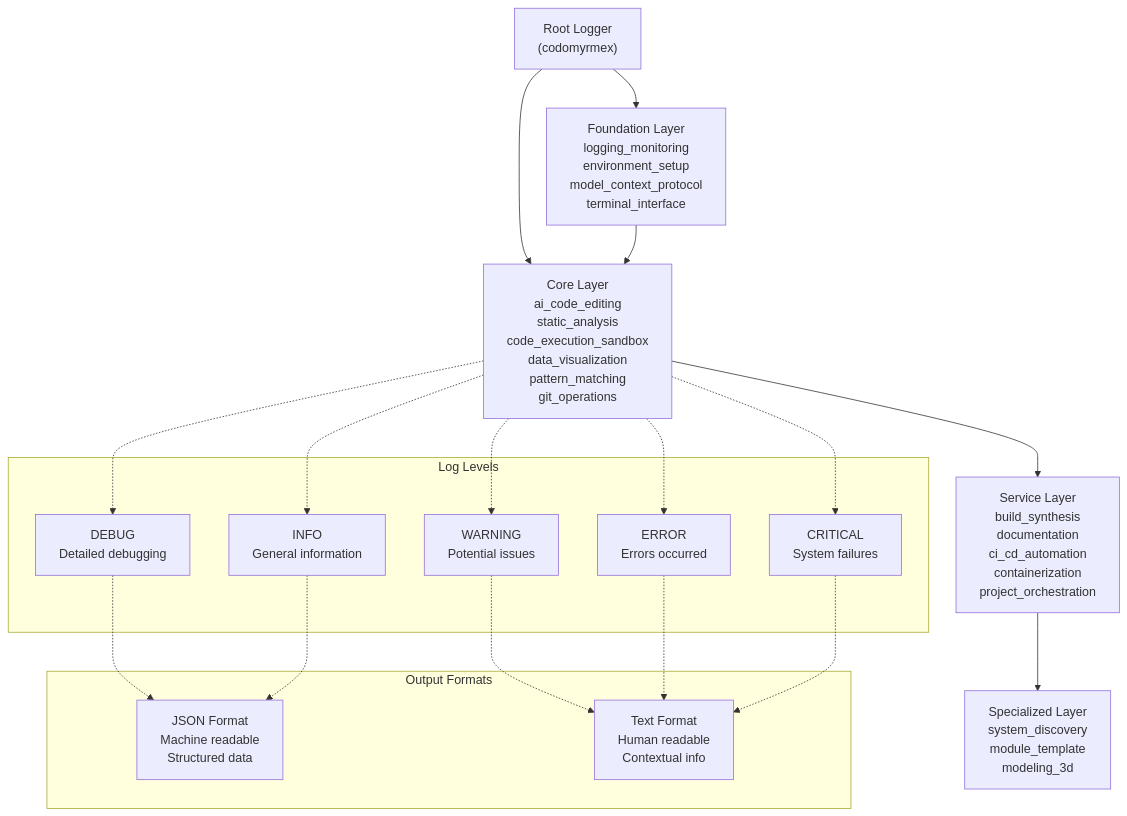
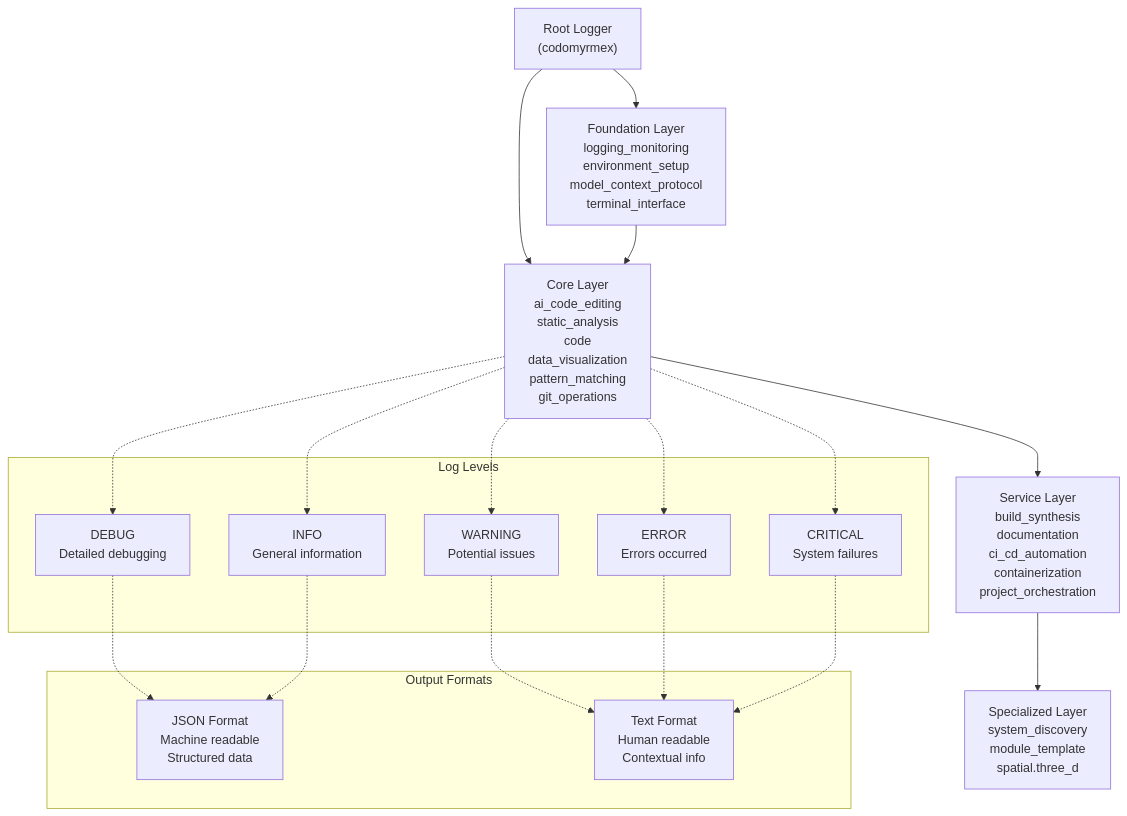
Before and after one commit to docxology/codomyrmex: the second of 2 diagrams in src/codomyrmex/logging_monitoring/README.md, drawn with Mermaid. The commit also changed other lines of this file and 1922 other files, not shown here.

````diff
--- a/src/codomyrmex/logging_monitoring/README.md
+++ b/src/codomyrmex/logging_monitoring/README.md
@@ -89,39 +89,39 @@
 ```mermaid
 graph TD
     RootLogger["Root Logger<br/>(codomyrmex)"] --> FoundationLogger["Foundation Layer<br/>logging_monitoring<br/>environment_setup<br/>model_context_protocol<br/>terminal_interface"]
 
-    RootLogger --> CoreLogger["Core Layer<br/>ai_code_editing<br/>static_analysis<br/>code_execution_sandbox<br/>data_visualization<br/>pattern_matching<br/>git_operations"]
+    RootLogger --> CoreLogger["Core Layer<br/>ai_code_editing<br/>static_analysis<br/>code<br/>data_visualization<br/>pattern_matching<br/>git_operations"]
 
     FoundationLogger --> CoreLogger
 
     CoreLogger --> ServiceLogger["Service Layer<br/>build_synthesis<br/>documentation<br/>ci_cd_automation<br/>containerization<br/>project_orchestration"]
 
-    ServiceLogger --> SpecializedLogger["Specialized Layer<br/>system_discovery<br/>module_template<br/>modeling_3d"]
+    ServiceLogger --> SpecializedLogger["Specialized Layer<br/>system_discovery<br/>module_template<br/>spatial.three_d"]
 
     %% Log levels
     subgraph "Log Levels"
         DEBUG["DEBUG<br/>Detailed debugging"]
         INFO["INFO<br/>General information"]
         WARNING["WARNING<br/>Potential issues"]
         ERROR["ERROR<br/>Errors occurred"]
         CRITICAL["CRITICAL<br/>System failures"]
     end
 
     %% Formatters
     subgraph "Output Formats"
         JSONFmt["JSON Format<br/>Machine readable<br/>Structured data"]
         TextFmt["Text Format<br/>Human readable<br/>Contextual info"]
     end
 
     CoreLogger -.-> DEBUG
     CoreLogger -.-> INFO
     CoreLogger -.-> WARNING
     CoreLogger -.-> ERROR
     CoreLogger -.-> CRITICAL
 
     DEBUG -.-> JSONFmt
     INFO -.-> JSONFmt
     WARNING -.-> TextFmt
     ERROR -.-> TextFmt
     CRITICAL -.-> TextFmt
 ```
````
